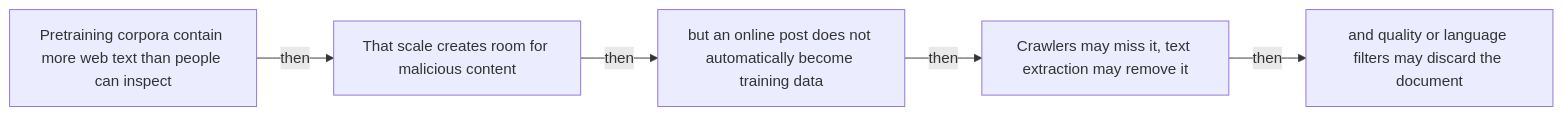
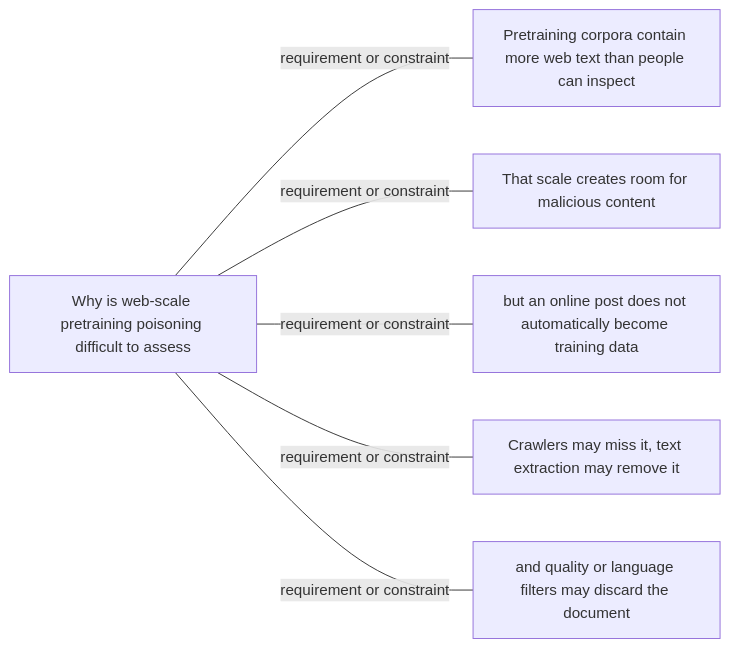
One commit to Betancourt1/paper_atlas changed the third of 48 diagrams in docs/visual-manifests/VISUAL_MANIFEST_COMPUTATIONAL_PROPAGANDA.md. Above: the diagram before and after it, drawn with Mermaid. The commit also changed other lines of this file and 7 other files, not shown here.

````diff
--- a/docs/visual-manifests/VISUAL_MANIFEST_COMPUTATIONAL_PROPAGANDA.md
+++ b/docs/visual-manifests/VISUAL_MANIFEST_COMPUTATIONAL_PROPAGANDA.md
@@ -205,12 +205,14 @@
 ```mermaid
 flowchart LR
-  n1["Pretraining corpora contain more web text than people can inspect"]
-  n2["That scale creates room for malicious content"]
-  n3["but an online post does not automatically become training data"]
-  n4["Crawlers may miss it, text extraction may remove it"]
-  n5["and quality or language filters may discard the document"]
-  n1 -->|"then"| n2
-  n2 -->|"then"| n3
-  n3 -->|"then"| n4
-  n4 -->|"then"| n5
+  center["Why is web-scale pretraining poisoning difficult to assess"]
+  f1["Pretraining corpora contain more web text than people can inspect"]
+  f2["That scale creates room for malicious content"]
+  f3["but an online post does not automatically become training data"]
+  f4["Crawlers may miss it, text extraction may remove it"]
+  f5["and quality or language filters may discard the document"]
+  center ---|"requirement or constraint"| f1
+  center ---|"requirement or constraint"| f2
+  center ---|"requirement or constraint"| f3
+  center ---|"requirement or constraint"| f4
+  center ---|"requirement or constraint"| f5
 ```
````
